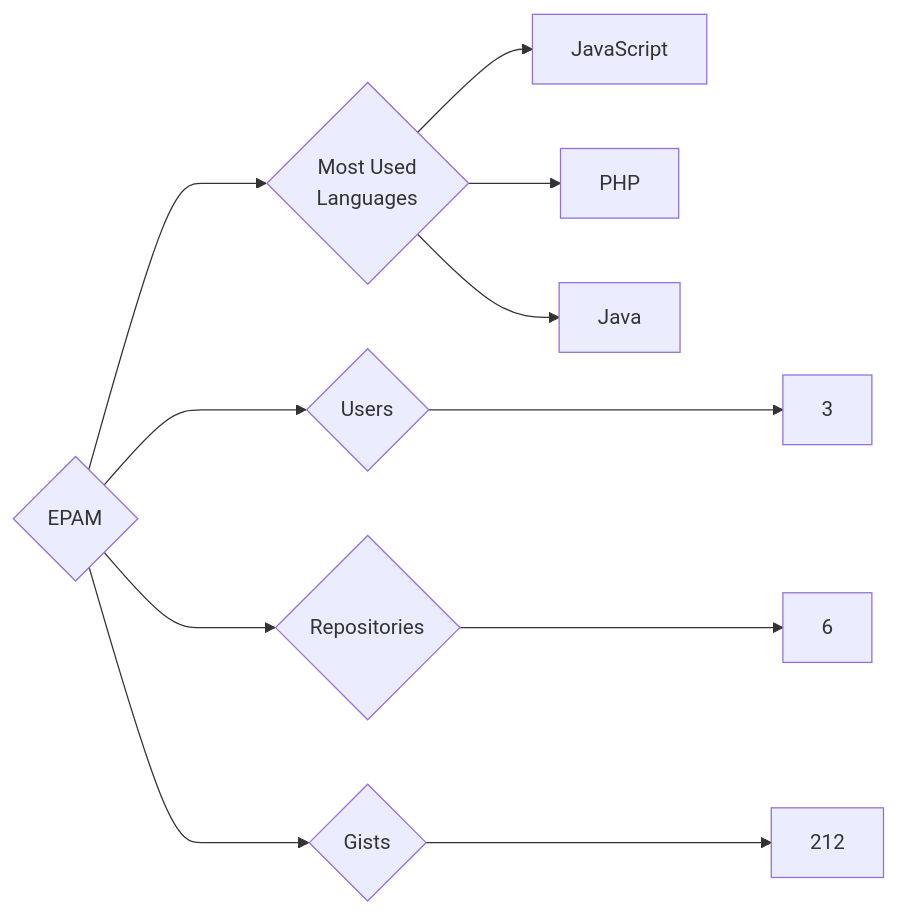
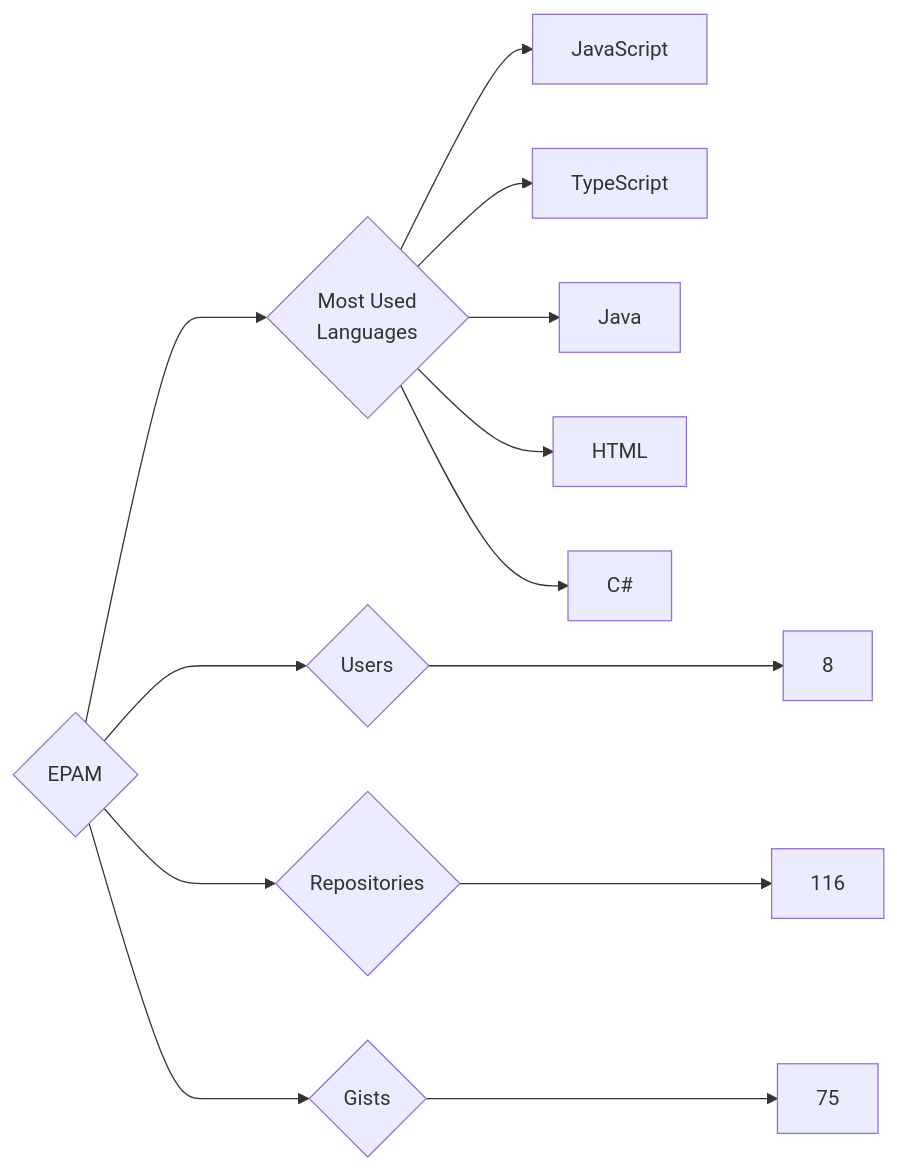
Before and after one commit to trickest/insiders: the diagram in targets/EPAM/README.md, drawn with Mermaid. The commit also changed 997 other files, not shown here.

````diff
--- a/targets/EPAM/README.md
+++ b/targets/EPAM/README.md
@@ -3,11 +3,13 @@
 ```mermaid
 graph LR
 COMPANY_NAME{EPAM}
-COMPANY_NAME ---> U{Users} ---> UN[3]
-COMPANY_NAME ---> R{Repositories} ---> RN[6]
-COMPANY_NAME ---> G{Gists} ---> GN[212]
+COMPANY_NAME ---> U{Users} ---> UN[8]
+COMPANY_NAME ---> R{Repositories} ---> RN[116]
+COMPANY_NAME ---> G{Gists} ---> GN[75]
 COMPANY_NAME ---> ML{Most Used<br>Languages}
 ML --> JavaScript[JavaScript]
-ML --> PHP[PHP]
+ML --> TypeScript[TypeScript]
 ML --> Java[Java]
+ML --> HTML[HTML]
+ML --> C#[C#]
 ```
````
